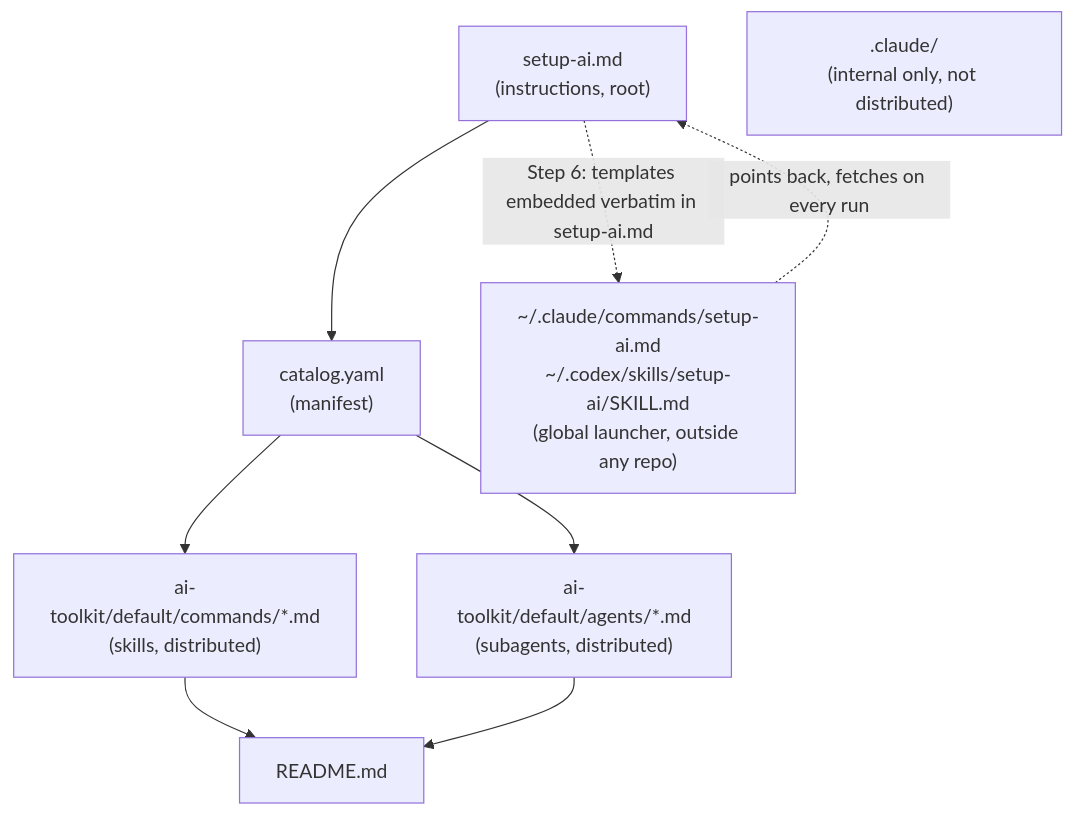
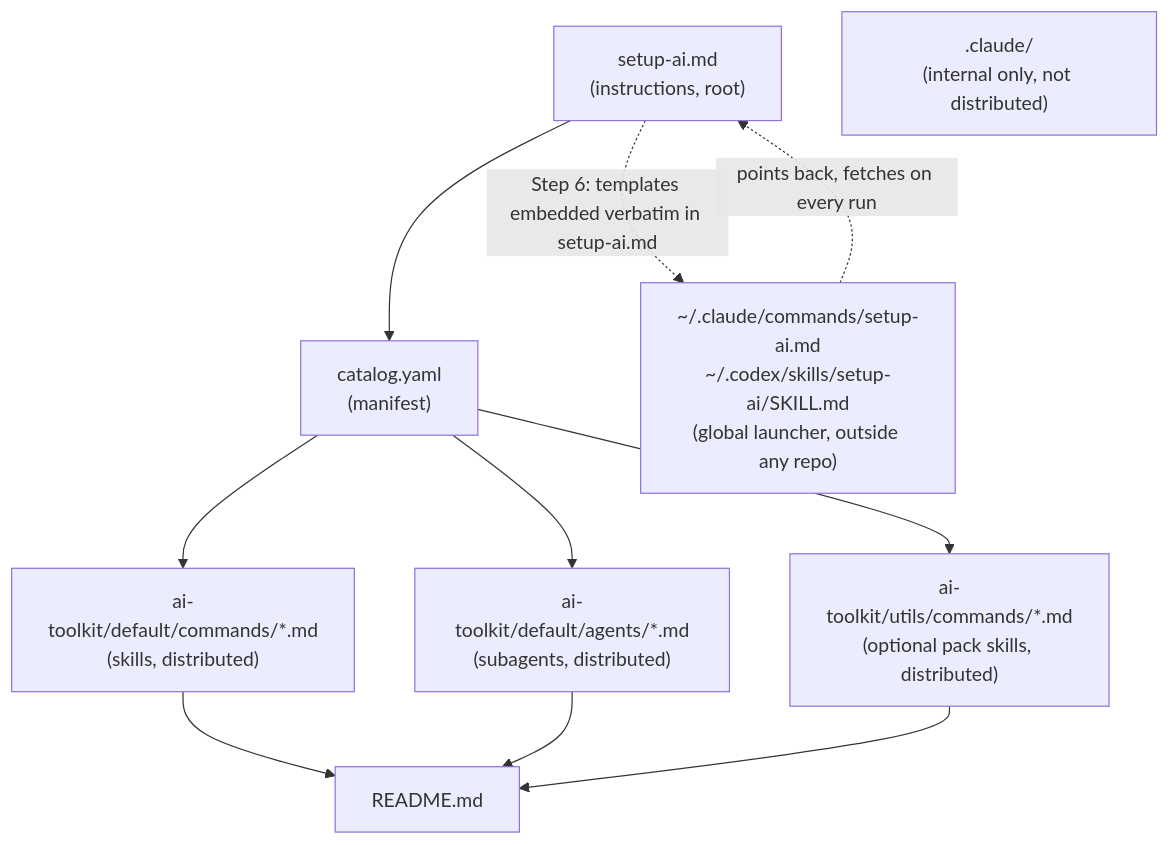
One commit to charlstown/my-aisy-toolkit changed the second of 3 diagrams in specs/tech-spec.md. Above: the diagram before and after it, drawn with Mermaid. The commit also changed other lines of this file and 6 other files, not shown here.

````diff
--- a/specs/tech-spec.md
+++ b/specs/tech-spec.md
@@ -49,11 +49,13 @@
 ```mermaid
 flowchart TB
     SA["setup-ai.md<br/>(instructions, root)"] --> CAT["catalog.yaml<br/>(manifest)"]
     CAT --> CMD["ai-toolkit/default/commands/*.md<br/>(skills, distributed)"]
     CAT --> AGT["ai-toolkit/default/agents/*.md<br/>(subagents, distributed)"]
+    CAT --> UTL["ai-toolkit/utils/commands/*.md<br/>(optional pack skills, distributed)"]
     CMD --> RM[README.md]
     AGT --> RM
+    UTL --> RM
     SA -.->|"Step 6: templates embedded verbatim in setup-ai.md"| GL["~/.claude/commands/setup-ai.md<br/>~/.codex/skills/setup-ai/SKILL.md<br/>(global launcher, outside any repo)"]
     GL -.->|"points back, fetches on every run"| SA
     INT[".claude/<br/>(internal only, not distributed)"]
 ```
````
